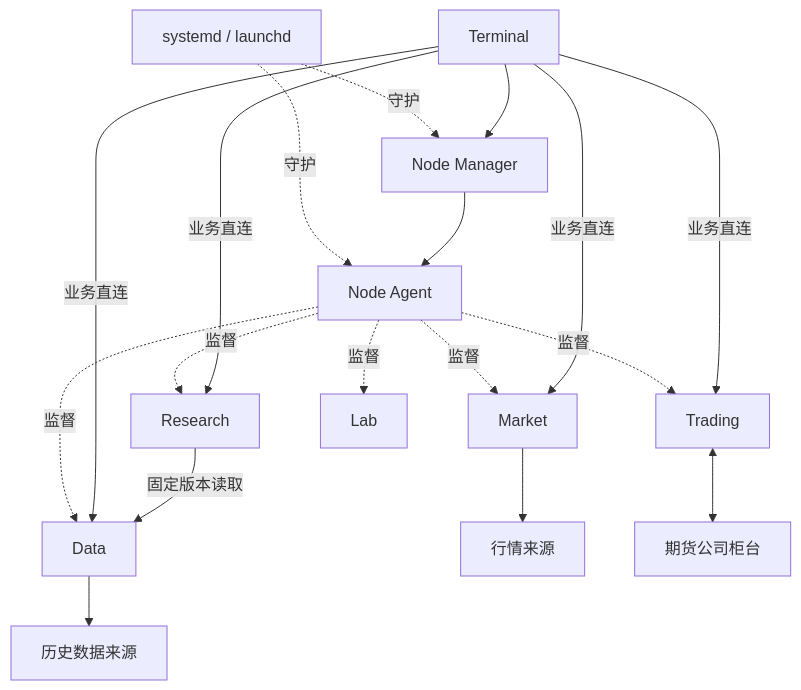
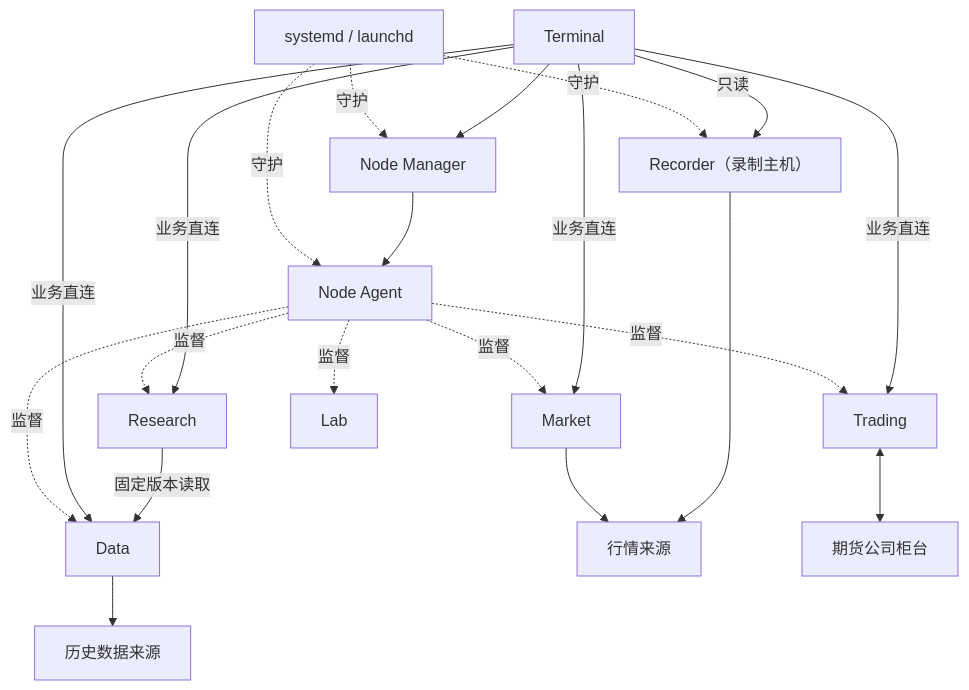
Before and after one commit to isqiwen/asterion-terminal: the second of 2 diagrams in docs/architecture.md, drawn with Mermaid. The commit also changed other lines of this file and 30 other files, not shown here.

````diff
--- a/docs/architecture.md
+++ b/docs/architecture.md
@@ -42,13 +42,16 @@
 ```mermaid
 flowchart TB
   OS[systemd / launchd] -.守护.-> Manager[Node Manager]
   OS -.守护.-> Agent[Node Agent]
   Terminal --> Manager
   Manager --> Agent
   Agent -.监督.-> Market & Data & Research & Trading & Lab
   Terminal -->|业务直连| Market & Data & Research & Trading
   Research -->|固定版本读取| Data
   Market --> Provider[行情来源]
+  OS -.守护.-> Recorder[Recorder（录制主机）]
+  Recorder --> Provider
+  Terminal -->|只读| Recorder
   Data --> Provider2[历史数据来源]
   Trading <--> Broker[期货公司柜台]
 ```
````
